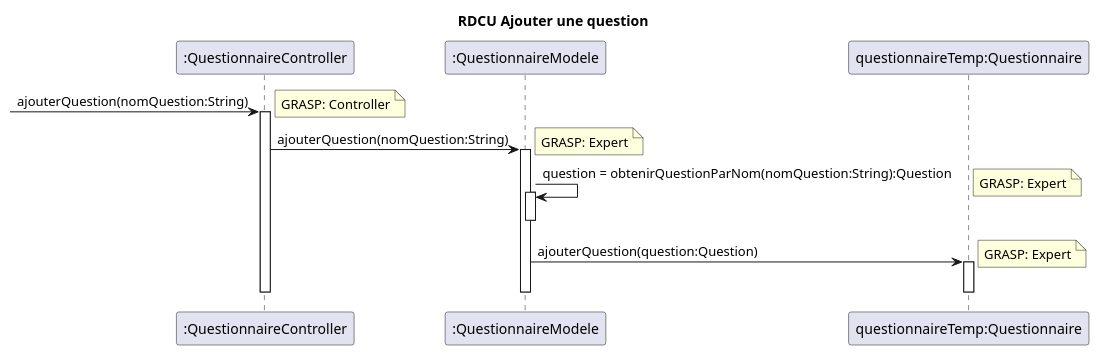
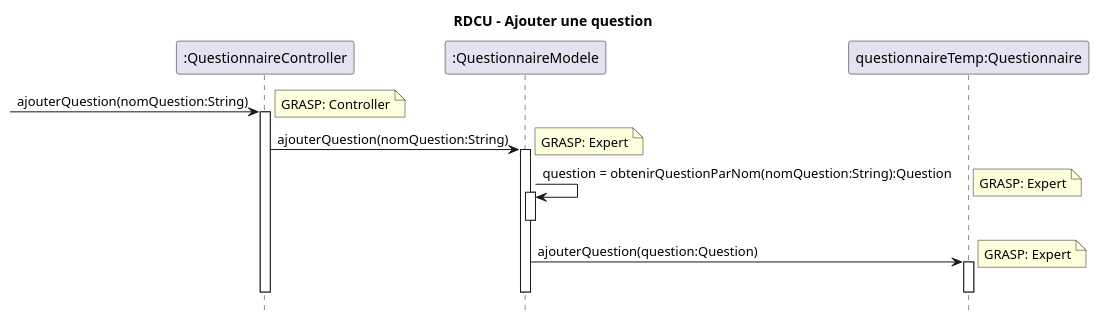
The diagram in docs/modeles/cu05/rdcu-ajouter-question.puml (xMrYahya/moodle-clone), drawn with PlantUML before and after one commit. The commit also changed 20 other files, not shown here.

```diff
--- a/docs/modeles/cu05/rdcu-ajouter-question.puml
+++ b/docs/modeles/cu05/rdcu-ajouter-question.puml
@@ -1,22 +1,23 @@
 @startuml
-title RDCU Ajouter une question
+hide footbox
+title RDCU - Ajouter une question
 
 participant ":QuestionnaireController" as controller
 participant ":QuestionnaireModele" as questionnaireModele
 participant "questionnaireTemp:Questionnaire" as temp
 
 -> controller : ajouterQuestion(nomQuestion:String)
     note right: GRASP: Controller
     activate controller
     controller -> questionnaireModele ++: ajouterQuestion(nomQuestion:String)
     note right: GRASP: Expert
     questionnaireModele -> questionnaireModele ++: question = obtenirQuestionParNom(nomQuestion:String):Question
     note right: GRASP: Expert
     deactivate questionnaireModele
     questionnaireModele -> temp ++: ajouterQuestion(question:Question)
     note right: GRASP: Expert
     deactivate temp
     deactivate questionnaireModele
     deactivate controller
 
 @enduml
```
